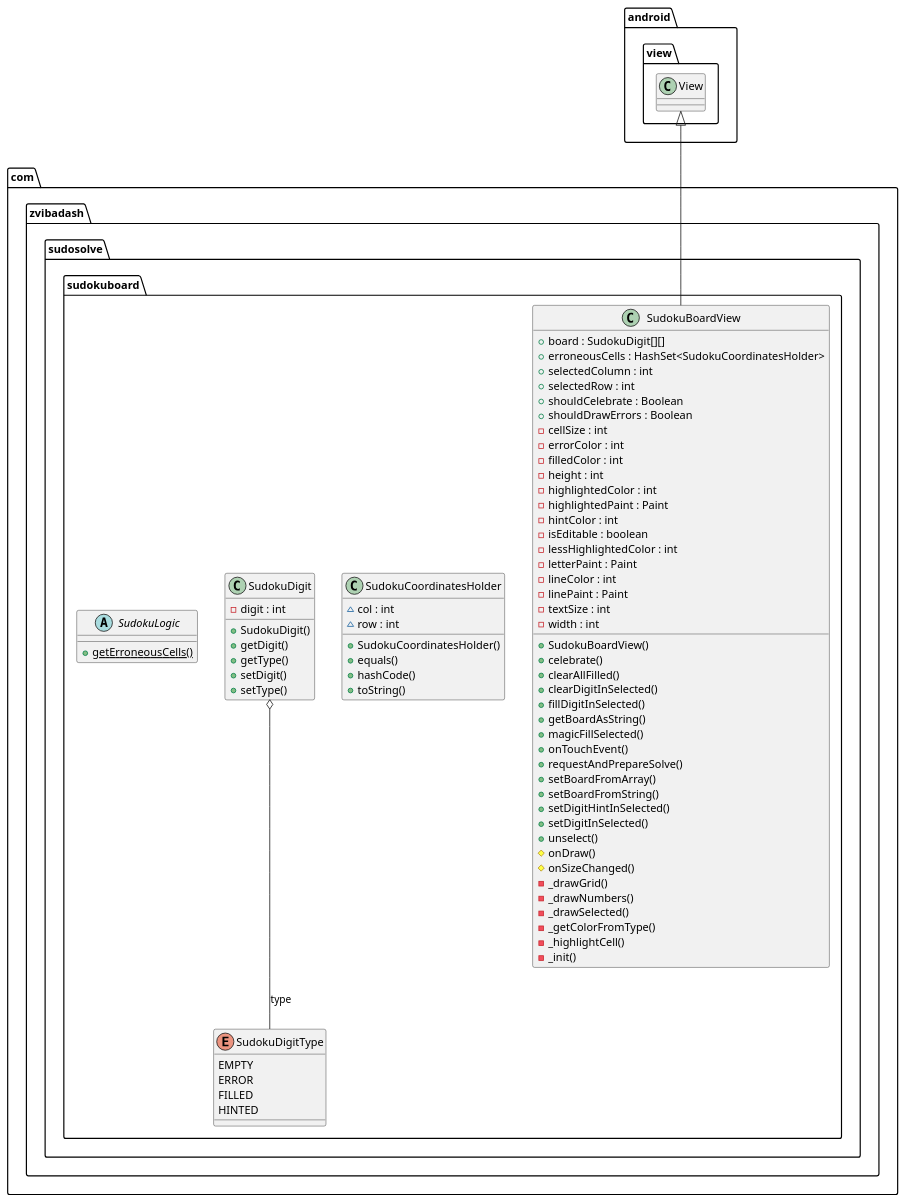
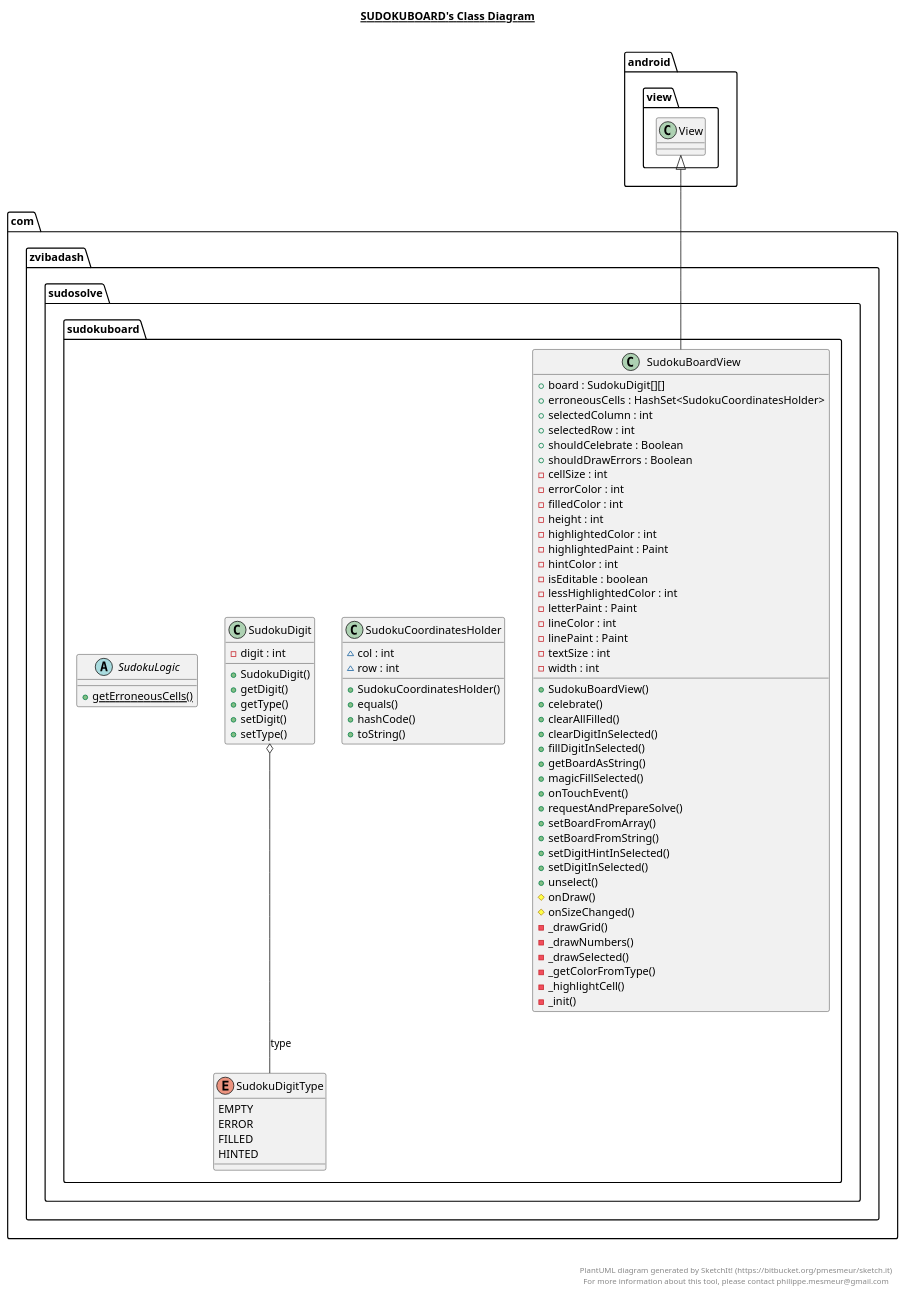
One commit to Zvi-Badash/Sudo-Solve changed the diagram in app/src/main/java/com/zvibadash/sudosolve/sudokuboard/sudokuboard.plantuml. Above: the diagram before and after it, drawn with PlantUML. The commit also changed 10 other files, not shown here.

```diff
--- a/app/src/main/java/com/zvibadash/sudosolve/sudokuboard/sudokuboard.plantuml
+++ b/app/src/main/java/com/zvibadash/sudosolve/sudokuboard/sudokuboard.plantuml
@@ -1,104 +1,115 @@
 @startuml
+
+title __SUDOKUBOARD's Class Diagram__\n
+
   namespace com.zvibadash.sudosolve {
     namespace sudokuboard {
       class com.zvibadash.sudosolve.sudokuboard.SudokuBoardView {
           + board : SudokuDigit[][]
           + erroneousCells : HashSet<SudokuCoordinatesHolder>
           + selectedColumn : int
           + selectedRow : int
           + shouldCelebrate : Boolean
           + shouldDrawErrors : Boolean
           - cellSize : int
           - errorColor : int
           - filledColor : int
           - height : int
           - highlightedColor : int
           - highlightedPaint : Paint
           - hintColor : int
           - isEditable : boolean
           - lessHighlightedColor : int
           - letterPaint : Paint
           - lineColor : int
           - linePaint : Paint
           - textSize : int
           - width : int
           + SudokuBoardView()
           + celebrate()
           + clearAllFilled()
           + clearDigitInSelected()
           + fillDigitInSelected()
           + getBoardAsString()
           + magicFillSelected()
           + onTouchEvent()
           + requestAndPrepareSolve()
           + setBoardFromArray()
           + setBoardFromString()
           + setDigitHintInSelected()
           + setDigitInSelected()
           + unselect()
           # onDraw()
           # onSizeChanged()
           - _drawGrid()
           - _drawNumbers()
           - _drawSelected()
           - _getColorFromType()
           - _highlightCell()
           - _init()
       }
     }
   }
   
 
   namespace com.zvibadash.sudosolve {
     namespace sudokuboard {
       class com.zvibadash.sudosolve.sudokuboard.SudokuCoordinatesHolder {
           ~ col : int
           ~ row : int
           + SudokuCoordinatesHolder()
           + equals()
           + hashCode()
           + toString()
       }
     }
   }
   
 
   namespace com.zvibadash.sudosolve {
     namespace sudokuboard {
       class com.zvibadash.sudosolve.sudokuboard.SudokuDigit {
           - digit : int
           + SudokuDigit()
           + getDigit()
           + getType()
           + setDigit()
           + setType()
       }
     }
   }
   
 
   namespace com.zvibadash.sudosolve {
     namespace sudokuboard {
       enum SudokuDigitType {
         EMPTY
         ERROR
         FILLED
         HINTED
       }
     }
   }
   
 
   namespace com.zvibadash.sudosolve {
     namespace sudokuboard {
       abstract class com.zvibadash.sudosolve.sudokuboard.SudokuLogic {
           {static} + getErroneousCells()
       }
     }
   }
   
 
   com.zvibadash.sudosolve.sudokuboard.SudokuBoardView -up-|> android.view.View
   com.zvibadash.sudosolve.sudokuboard.SudokuDigit o-- com.zvibadash.sudosolve.sudokuboard.SudokuDigitType : type
 
+
+right footer
+
+
+PlantUML diagram generated by SketchIt! (https://bitbucket.org/pmesmeur/sketch.it)
+For more information about this tool, please contact philippe.mesmeur@gmail.com
+endfooter
+
 @enduml
```
